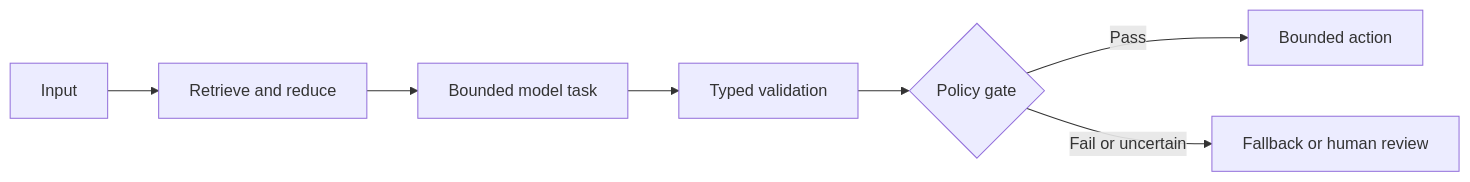
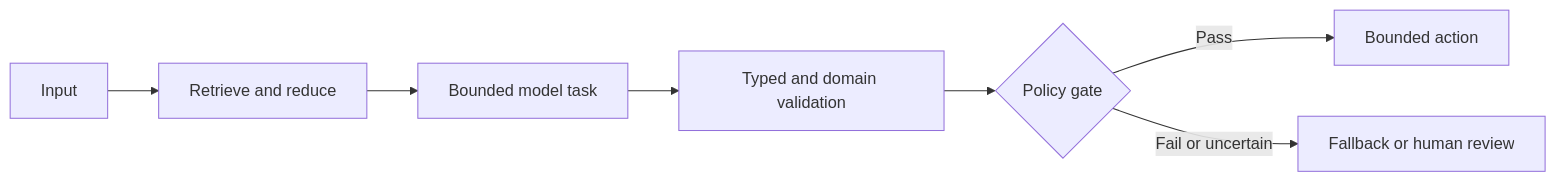
The diagram in templates/pattern.md (penguinboy1108/AI_Engineering_Playbook), drawn with Mermaid before and after one commit. The commit also changed other lines of this file and 22 other files, not shown here.

````diff
--- a/templates/pattern.md
+++ b/templates/pattern.md
@@ -31,9 +45,9 @@
 ```mermaid
 flowchart LR
     A[Input] --> B[Retrieve and reduce]
     B --> C[Bounded model task]
-    C --> D[Typed validation]
+    C --> D[Typed and domain validation]
     D --> E{Policy gate}
     E -->|Pass| F[Bounded action]
     E -->|Fail or uncertain| G[Fallback or human review]
 ```
````
